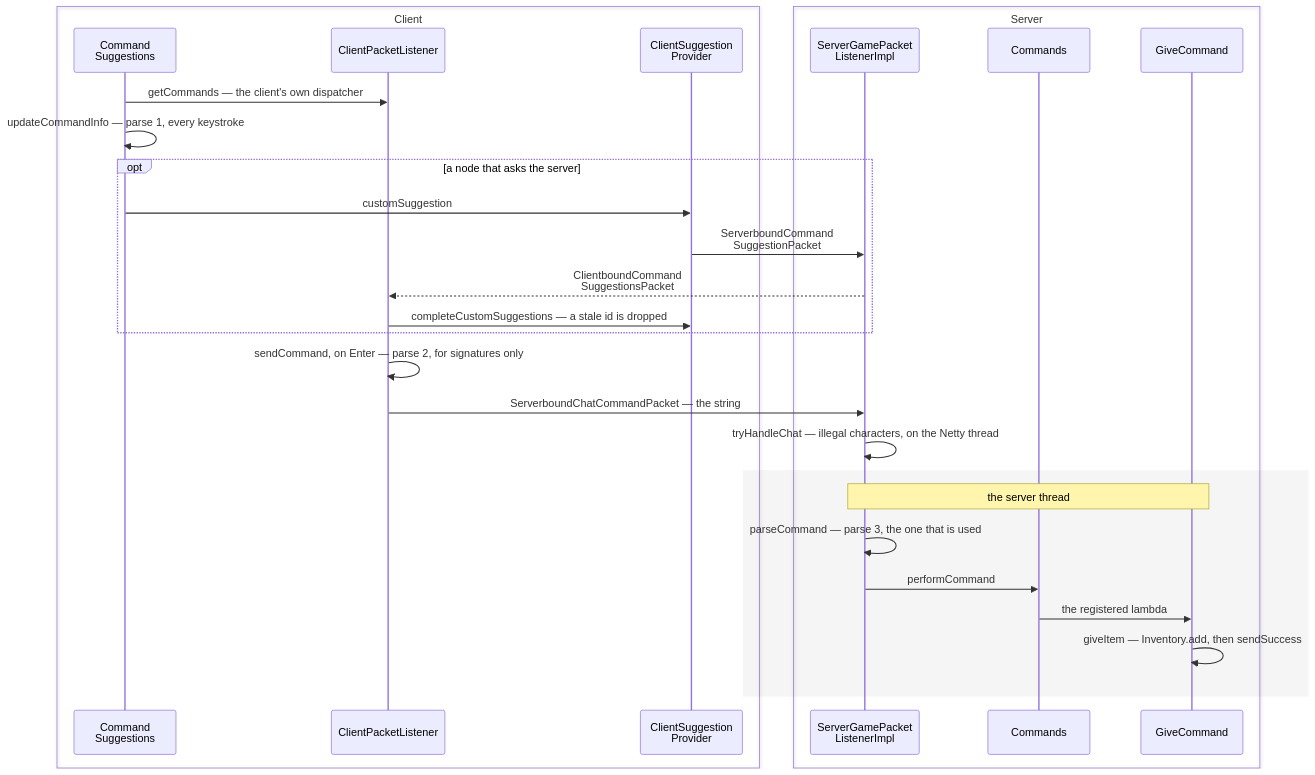
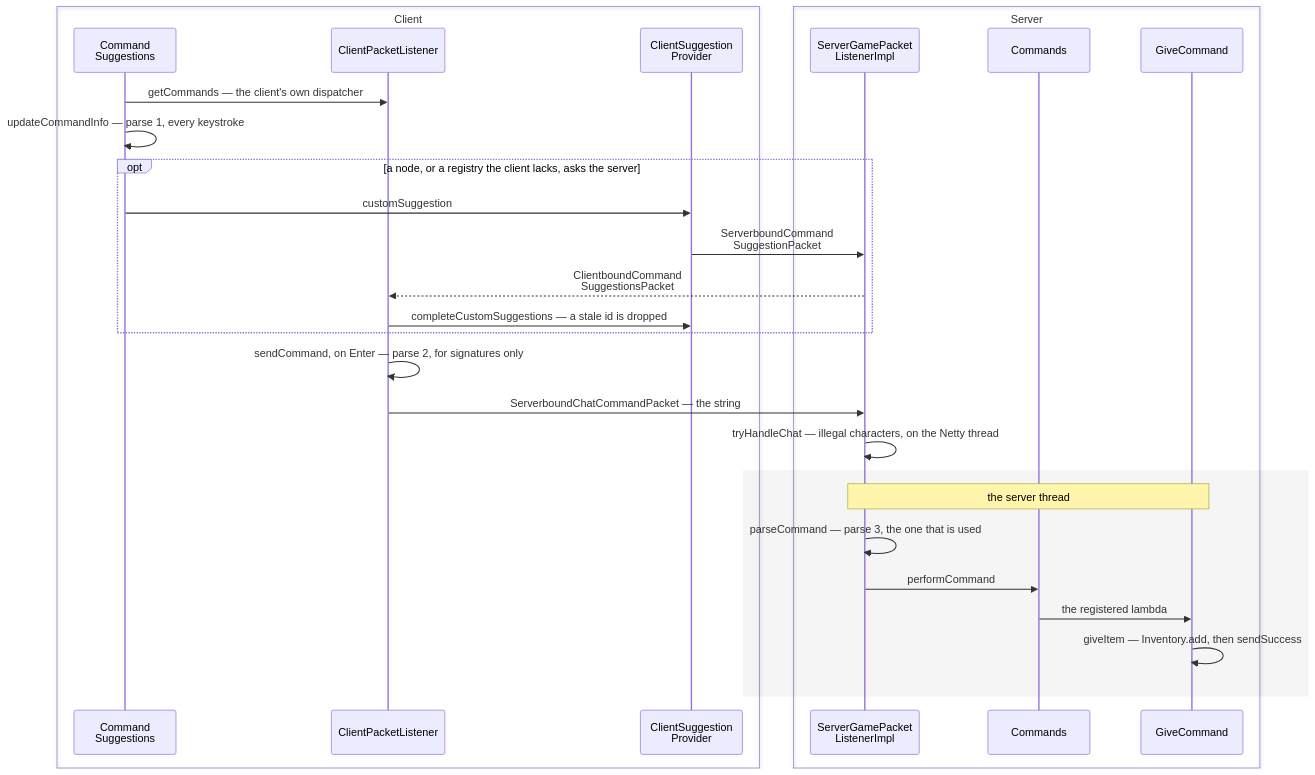
The diagram in src/systems/commands/brigadier-and-commands.md (AlexanderjFraser/MinecraftDocs), drawn with Mermaid before and after one commit. The commit also changed other lines of this file and 19 other files, not shown here.

````diff
--- a/src/systems/commands/brigadier-and-commands.md
+++ b/src/systems/commands/brigadier-and-commands.md
@@ -43,32 +38,32 @@
 ```mermaid
 sequenceDiagram
     box Client
     participant CSug as Command<br/>Suggestions
     participant CPL as ClientPacketListener
     participant CSP as ClientSuggestion<br/>Provider
     end
     box Server
     participant SGPL as ServerGamePacket<br/>ListenerImpl
     participant Cmds as Commands
     participant GC as GiveCommand
     end
 
     CSug->>CPL: getCommands — the client's own dispatcher
     CSug->>CSug: updateCommandInfo — parse 1, every keystroke
-    opt a node that asks the server
+        opt a node, or a registry the client lacks, asks the server
         CSug->>CSP: customSuggestion
         CSP->>SGPL: ServerboundCommand<br/>SuggestionPacket
         SGPL-->>CPL: ClientboundCommand<br/>SuggestionsPacket
         CPL->>CSP: completeCustomSuggestions — a stale id is dropped
     end
     CPL->>CPL: sendCommand, on Enter — parse 2, for signatures only
     CPL->>SGPL: ServerboundChatCommandPacket — the string
     SGPL->>SGPL: tryHandleChat — illegal characters, on the Netty thread
     rect rgba(0, 0, 0, 0.04)
     Note over SGPL,GC: the server thread
     SGPL->>SGPL: parseCommand — parse 3, the one that is used
     SGPL->>Cmds: performCommand
     Cmds->>GC: the registered lambda
     GC->>GC: giveItem — Inventory.add, then sendSuccess
     end
 ```
````
